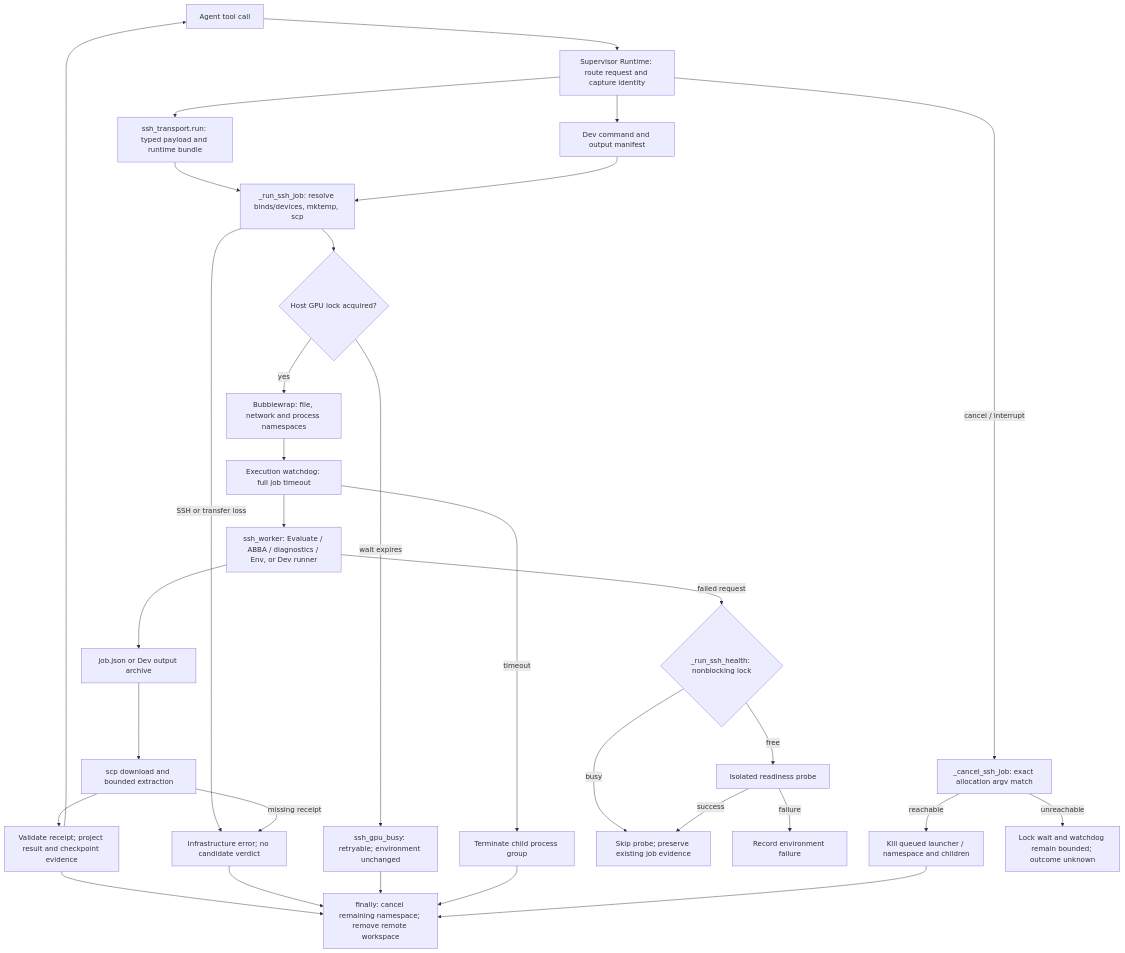
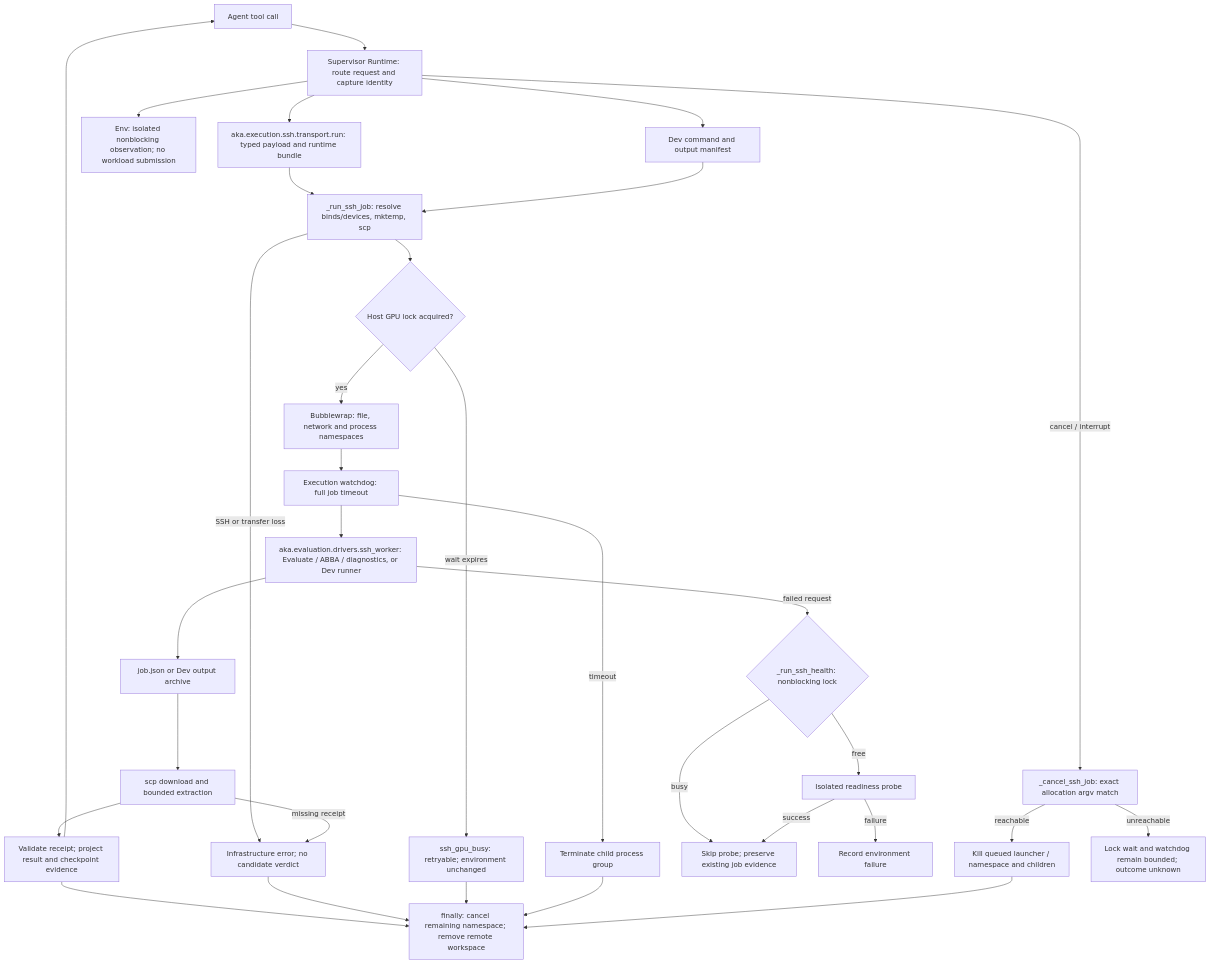
One commit to alibaba/atrex-kernel-agent changed the diagram in docs/ssh-backend.md. Above: the diagram before and after it, drawn with Mermaid. The commit also changed other lines of this file and 990 other files, not shown here.

````diff
--- a/docs/ssh-backend.md
+++ b/docs/ssh-backend.md
@@ -81,33 +88,34 @@
 ```mermaid
 flowchart TD
     Agent["Agent tool call"] --> Runtime["Supervisor Runtime: route request and capture identity"]
-    Runtime --> Typed["ssh_transport.run: typed payload and runtime bundle"]
+    Runtime --> Typed["aka.execution.ssh.transport.run: typed payload and runtime bundle"]
+    Runtime --> Env["Env: isolated nonblocking observation; no workload submission"]
     Runtime --> Dev["Dev command and output manifest"]
     Typed --> Upload["_run_ssh_job: resolve binds/devices, mktemp, scp"]
     Dev --> Upload
     Upload --> Lock{"Host GPU lock acquired?"}
     Lock -->|"wait expires"| Busy["ssh_gpu_busy: retryable; environment unchanged"]
     Lock -->|"yes"| Namespace["Bubblewrap: file, network and process namespaces"]
     Namespace --> Watchdog["Execution watchdog: full job timeout"]
-    Watchdog --> Worker["ssh_worker: Evaluate / ABBA / diagnostics / Env, or Dev runner"]
+    Watchdog --> Worker["aka.evaluation.drivers.ssh_worker: Evaluate / ABBA / diagnostics, or Dev runner"]
     Worker --> Receipt["job.json or Dev output archive"]
     Receipt --> Download["scp download and bounded extraction"]
     Download --> Evidence["Validate receipt; project result and checkpoint evidence"]
     Evidence --> Agent
     Watchdog -->|"timeout"| Stop["Terminate child process group"]
     Upload -->|"SSH or transfer loss"| Missing["Infrastructure error; no candidate verdict"]
     Download -->|"missing receipt"| Missing
     Worker -->|"failed request"| Probe{"_run_ssh_health: nonblocking lock"}
     Probe -->|"busy"| Preserve["Skip probe; preserve existing job evidence"]
     Probe -->|"free"| Health["Isolated readiness probe"]
     Health -->|"failure"| Recovery["Record environment failure"]
     Health -->|"success"| Preserve
     Runtime -->|"cancel / interrupt"| Cancel["_cancel_ssh_job: exact allocation argv match"]
     Cancel -->|"reachable"| Kill["Kill queued launcher / namespace and children"]
     Cancel -->|"unreachable"| Ceiling["Lock wait and watchdog remain bounded; outcome unknown"]
     Evidence --> Cleanup["finally: cancel remaining namespace; remove remote workspace"]
     Missing --> Cleanup
     Busy --> Cleanup
     Stop --> Cleanup
     Kill --> Cleanup
 ```
````
